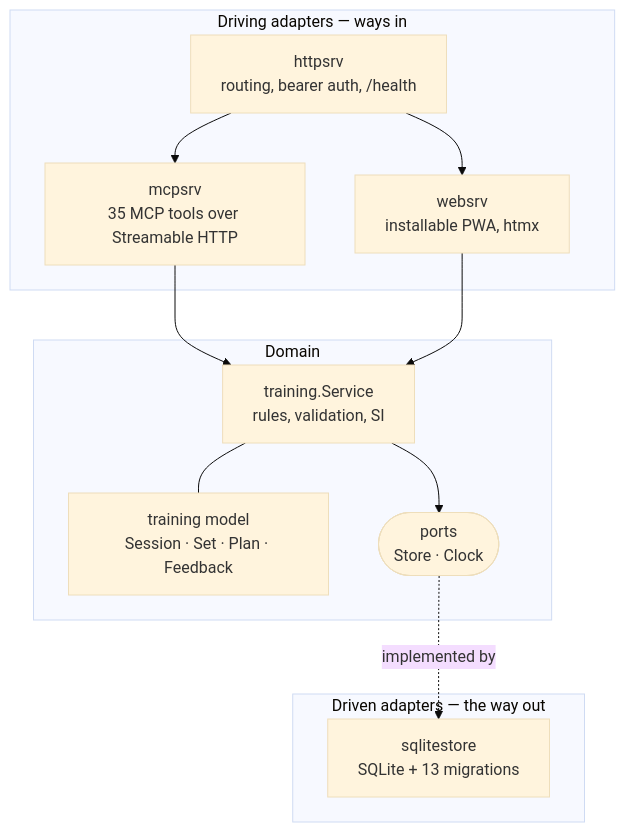
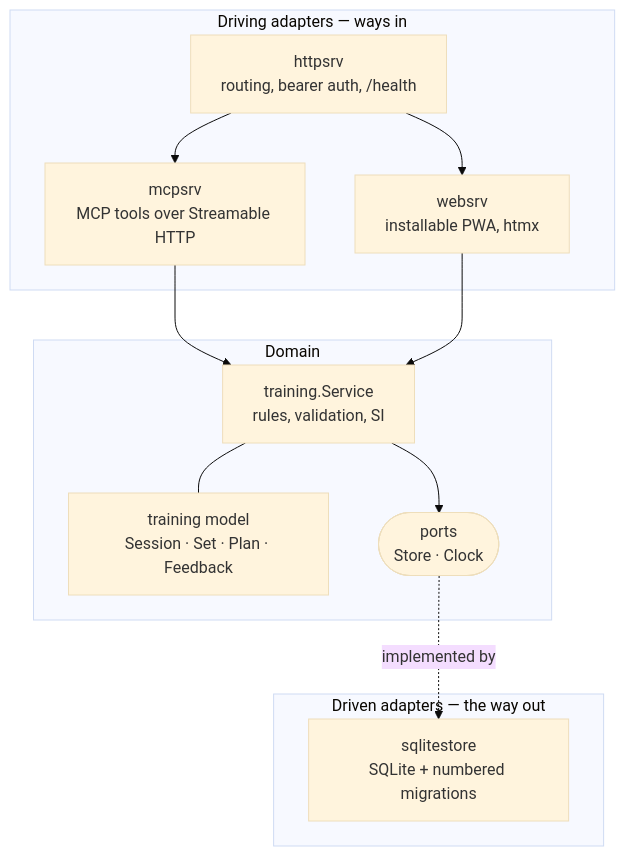
The diagram in docs/architecture.md (FullFran/training-mcp), drawn with Mermaid (base theme) before and after one commit. The commit also changed other lines of this file and 10 other files, not shown here.

````diff
--- a/docs/architecture.md
+++ b/docs/architecture.md
@@ -13,26 +13,26 @@
 ```mermaid
 flowchart TB
     subgraph driving["Driving adapters — ways in"]
-        MCP["mcpsrv<br/>35 MCP tools over Streamable HTTP"]
+        MCP["mcpsrv<br/>MCP tools over Streamable HTTP"]
         WEB["websrv<br/>installable PWA, htmx"]
         HTTP["httpsrv<br/>routing, bearer auth, /health"]
     end
 
     subgraph core["Domain"]
         SVC["training.Service<br/>rules, validation, SI"]
         MODEL["training model<br/>Session · Set · Plan · Feedback"]
         PORTS(["ports<br/>Store · Clock"])
     end
 
     subgraph driven["Driven adapters — the way out"]
-        SQL["sqlitestore<br/>SQLite + 13 migrations"]
+        SQL["sqlitestore<br/>SQLite + numbered migrations"]
     end
 
     HTTP --> MCP
     HTTP --> WEB
     MCP --> SVC
     WEB --> SVC
     SVC --- MODEL
     SVC --> PORTS
     PORTS -.implemented by.-> SQL
 ```
````
